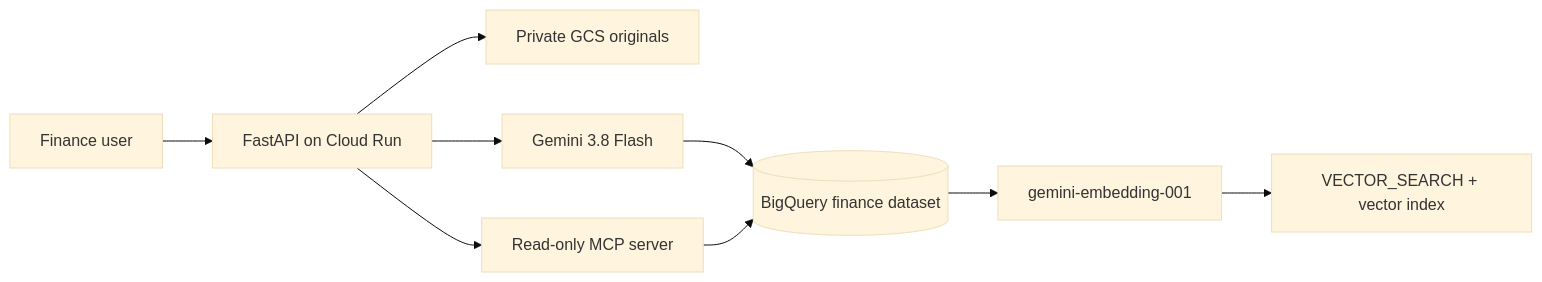
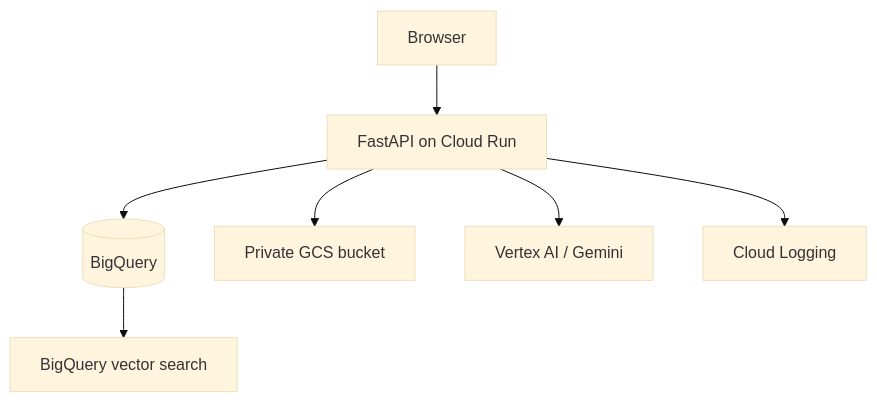
Before and after one commit to ramamurthy-540835/Bills_Vouchers: the second of 2 diagrams in README.md, drawn with Mermaid (base theme). The commit also changed other lines of this file, not shown here.

````diff
--- a/README.md
+++ b/README.md
@@ -16,11 +98,9 @@
 ```mermaid
-flowchart LR
-  User[Finance user] --> API[FastAPI on Cloud Run]
-  API --> GCS[Private GCS originals]
-  API --> Gemini[Gemini 3.8 Flash]
-  Gemini --> BQ[(BigQuery finance dataset)]
-  BQ --> Embed[gemini-embedding-001]
-  Embed --> Vector[VECTOR_SEARCH + vector index]
-  API --> MCP[Read-only MCP server]
-  MCP --> BQ
+flowchart TB
+  U[Browser] --> CR[FastAPI on Cloud Run]
+  CR --> BQ[(BigQuery)]
+  CR --> GCS[Private GCS bucket]
+  CR --> AI[Vertex AI / Gemini]
+  BQ --> VS[BigQuery vector search]
+  CR --> LOG[Cloud Logging]
 ```
````
